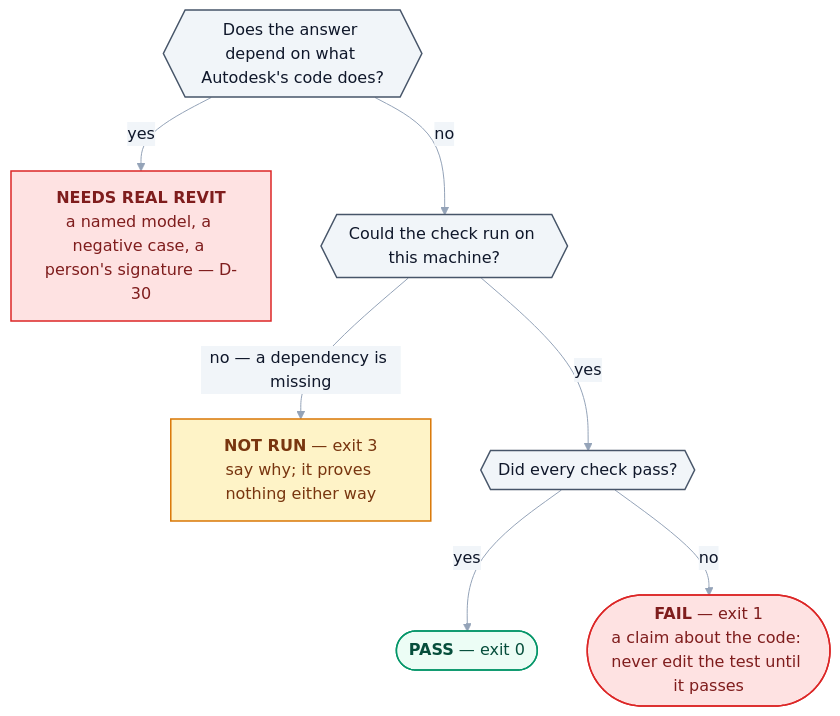
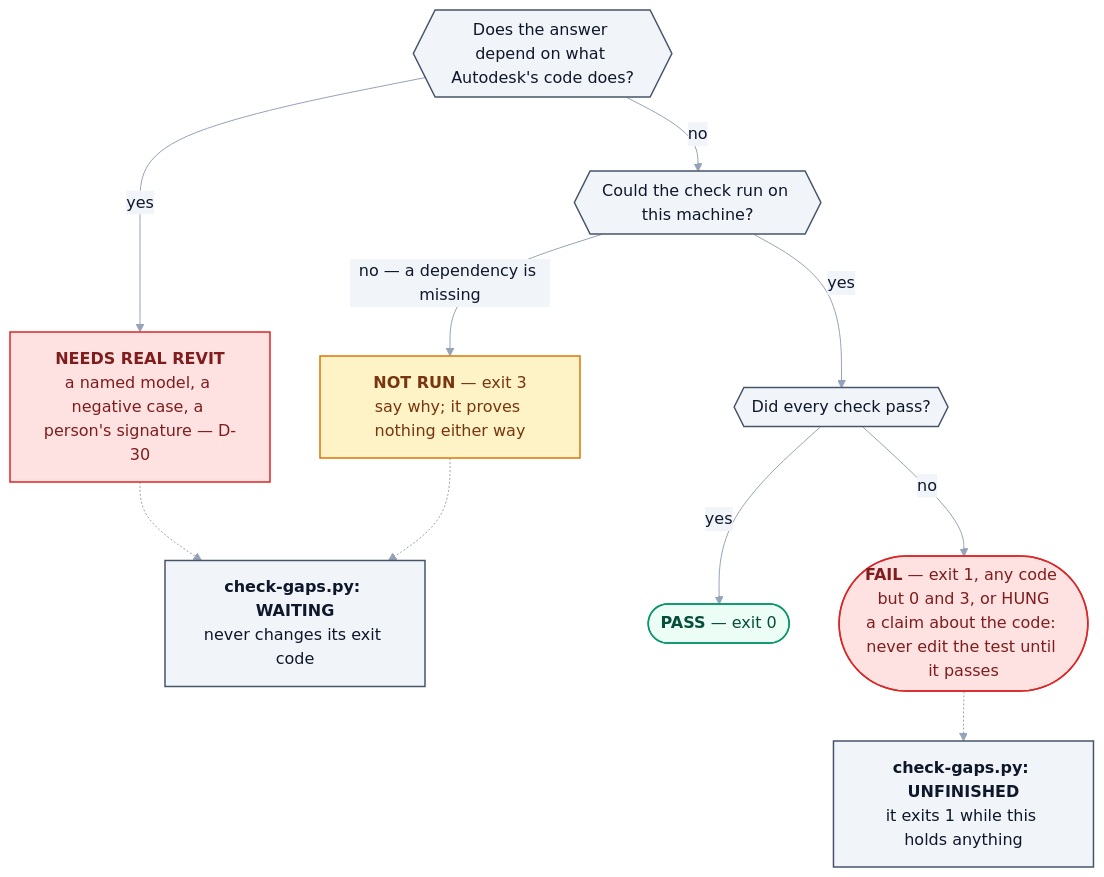
Before and after one commit to Ajmalpshaik/Heron-AI: the diagram in docs/13-testing-and-quality.md, drawn with Mermaid. The commit also changed other lines of this file and 133 other files, not shown here.

````diff
--- a/docs/13-testing-and-quality.md
+++ b/docs/13-testing-and-quality.md
@@ -38,28 +38,33 @@
 ```mermaid
 %%{init: {"themeVariables": {"edgeLabelBackground":"#F1F5F9","lineColor":"#94A3B8","textColor":"#0F172A","tertiaryTextColor":"#0F172A"}}}%%
 flowchart TD
     Q1{{"Does the answer depend on what Autodesk's code does?"}}
     NR["<b>NEEDS REAL REVIT</b><br/>a named model, a negative case, a person's signature — D-30"]
     Q2{{"Could the check run on this machine?"}}
     NOT["<b>NOT RUN</b> — exit 3<br/>say why; it proves nothing either way"]
     Q3{{"Did every check pass?"}}
     PASS(["<b>PASS</b> — exit 0"])
-    FAIL(["<b>FAIL</b> — exit 1<br/>a claim about the code: never edit the test until it passes"])
+    FAIL(["<b>FAIL</b> — exit 1, any code but 0 and 3, or HUNG<br/>a claim about the code: never edit the test until it passes"])
+    WA["<b>check-gaps.py: WAITING</b><br/>never changes its exit code"]
+    UN["<b>check-gaps.py: UNFINISHED</b><br/>it exits 1 while this holds anything"]
 
     Q1 -->|"yes"| NR
     Q1 -->|"no"| Q2
     Q2 -->|"no — a dependency is missing"| NOT
     Q2 -->|"yes"| Q3
     Q3 -->|"yes"| PASS
     Q3 -->|"no"| FAIL
+    NR -.-> WA
+    NOT -.-> WA
+    FAIL -.-> UN
 
     classDef user fill:#F1F5F9,stroke:#475569,stroke-width:1.5px,color:#0F172A
     classDef brain fill:#ECFDF5,stroke:#059669,stroke-width:1.5px,color:#064E3B
     classDef addin fill:#FEF3C7,stroke:#D97706,stroke-width:1.5px,color:#78350F
     classDef revit fill:#FEE2E2,stroke:#DC2626,stroke-width:1.5px,color:#7F1D1D
-    class Q1,Q2,Q3 user
+    class Q1,Q2,Q3,WA,UN user
     class NR revit
     class NOT addin
     class PASS brain
     class FAIL revit
 ```
````
